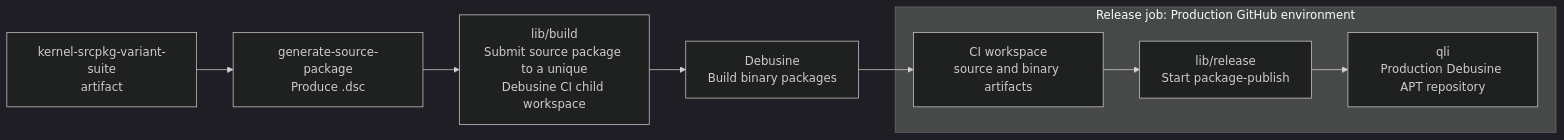
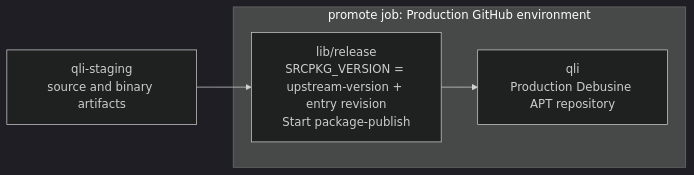
The fifth of 6 diagrams in README.md (qualcomm-linux/pkg-linux-qcom), drawn with Mermaid (dark theme) before and after one commit. The commit also changed other lines of this file and 9 other files, not shown here.

````diff
--- a/README.md
+++ b/README.md
@@ -412,12 +411,9 @@
 ```mermaid
 flowchart LR
-    ART["kernel-srcpkg-variant-suite\nartifact"] --> GSP["generate-source-package\nProduce .dsc"]
-    GSP --> SUBMIT["lib/build\nSubmit source package to a unique\nDebusine CI child workspace"]
-    SUBMIT --> DEB["Debusine\nBuild binary packages"]
-    DEB --> WS["CI workspace\nsource and binary artifacts"]
+    STG["qli-staging\nsource and binary artifacts"] --> PROMOTE
 
-    subgraph release[Release job: Production GitHub environment]
-        WS --> PROMOTE["lib/release\nStart package-publish"]
+    subgraph release[promote job: Production GitHub environment]
+        PROMOTE["lib/release\nSRCPKG_VERSION = upstream-version + entry revision\nStart package-publish"]
         PROMOTE --> QLI["qli\nProduction Debusine APT repository"]
     end
 ```
````
